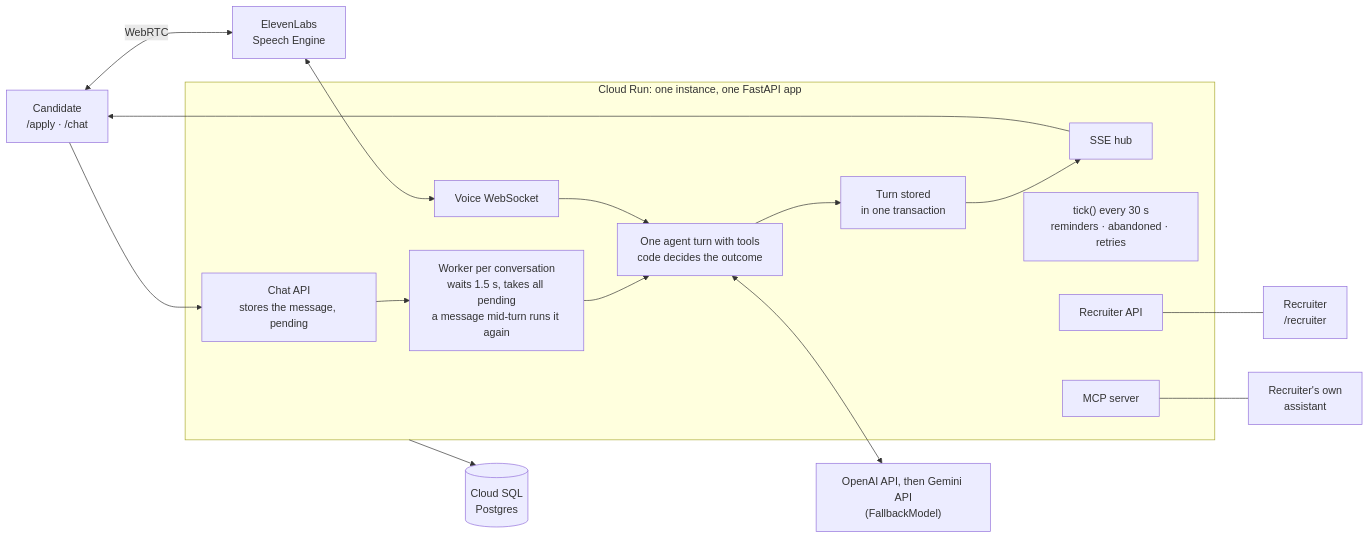
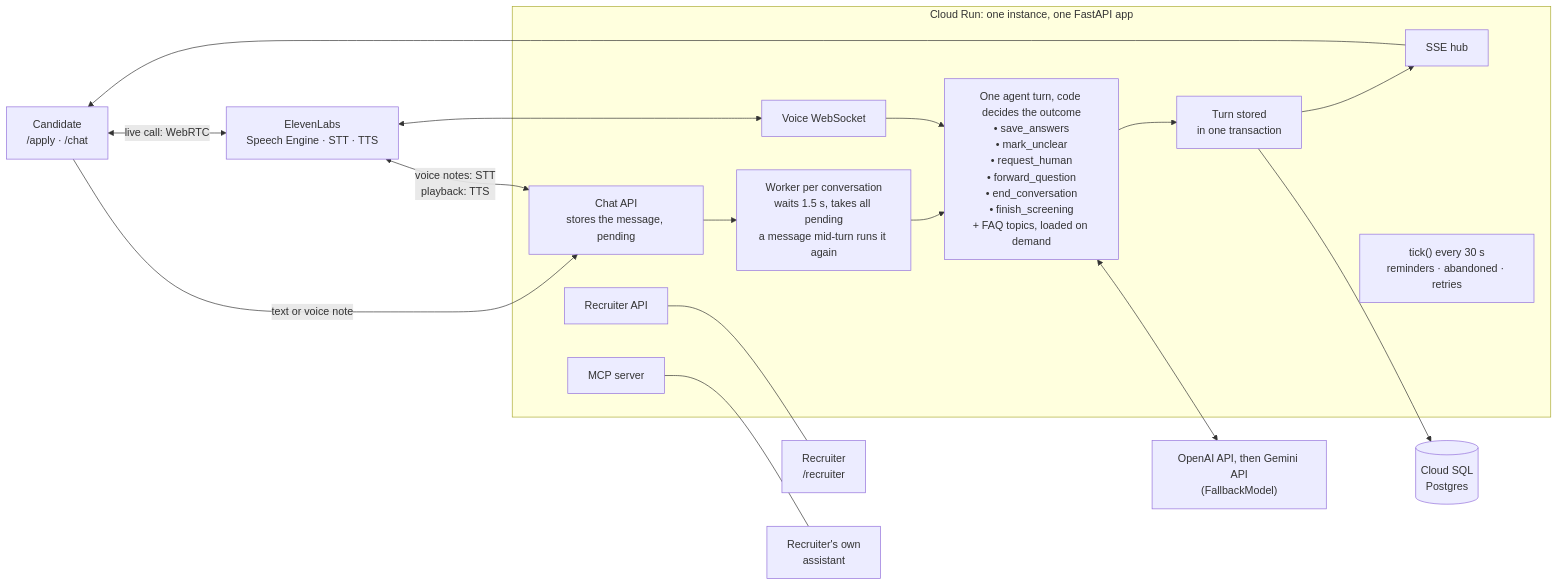
The diagram in README.md (dfm88/candidate-screening-agent), drawn with Mermaid before and after one commit. The commit also changed other lines of this file, not shown here.

Commit message:
docs: clarify agent tools and architecture diagram in README

````diff
--- a/README.md
+++ b/README.md
@@ -23,29 +23,31 @@
 ```mermaid
 flowchart LR
     cand["Candidate<br/>/apply · /chat"]
-    el["ElevenLabs<br/>Speech Engine"]
+    el["ElevenLabs<br/>Speech Engine · STT · TTS"]
 
     subgraph app["Cloud Run: one instance, one FastAPI app"]
         api["Chat API<br/>stores the message, pending"]
         worker["Worker per conversation<br/>waits 1.5 s, takes all pending<br/>a message mid-turn runs it again"]
-        agent["One agent turn with tools<br/>code decides the outcome"]
+        agent["One agent turn, code decides the outcome<br/>•&nbsp;save_answers<br/>•&nbsp;mark_unclear<br/>•&nbsp;request_human<br/>•&nbsp;forward_question<br/>•&nbsp;end_conversation<br/>•&nbsp;finish_screening<br/>+ FAQ topics, loaded on demand"]
         store["Turn stored<br/>in one transaction"]
         sse["SSE hub"]
         voice["Voice WebSocket"]
         tick["tick() every 30 s<br/>reminders · abandoned · retries"]
         rapi["Recruiter API"]
         mcp["MCP server"]
     end
 
     llm["OpenAI API, then Gemini API<br/>(FallbackModel)"]
     db[("Cloud SQL<br/>Postgres")]
     rec["Recruiter<br/>/recruiter"]
     asst["Recruiter's own<br/>assistant"]
 
-    cand --> api --> worker --> agent --> store --> sse --> cand
+    cand -->|text or voice note| api
+    api --> worker --> agent --> store --> sse --> cand
     agent <--> llm
-    cand <-->|WebRTC| el <--> voice --> agent
+    el <-->|"voice notes: STT<br/>playback: TTS"| api
+    cand <-->|"live call: WebRTC"| el <--> voice --> agent
     rapi --- rec
     mcp --- asst
-    app --> db
+    store --> db
 ```
````
